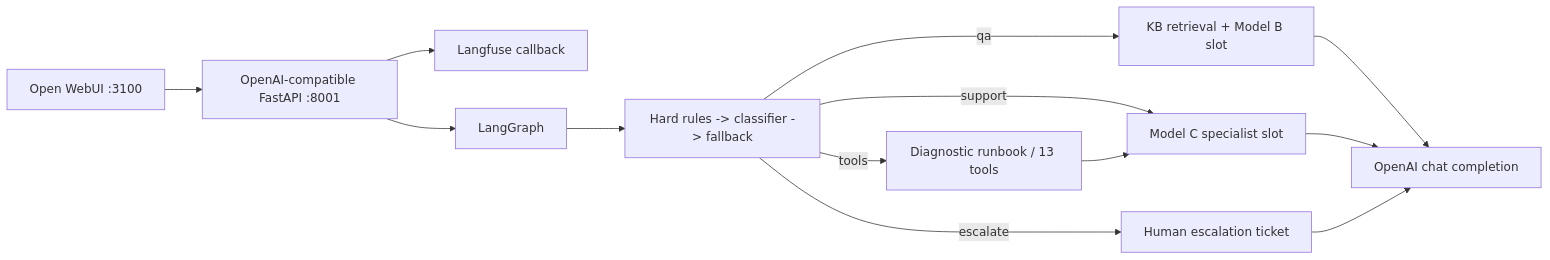
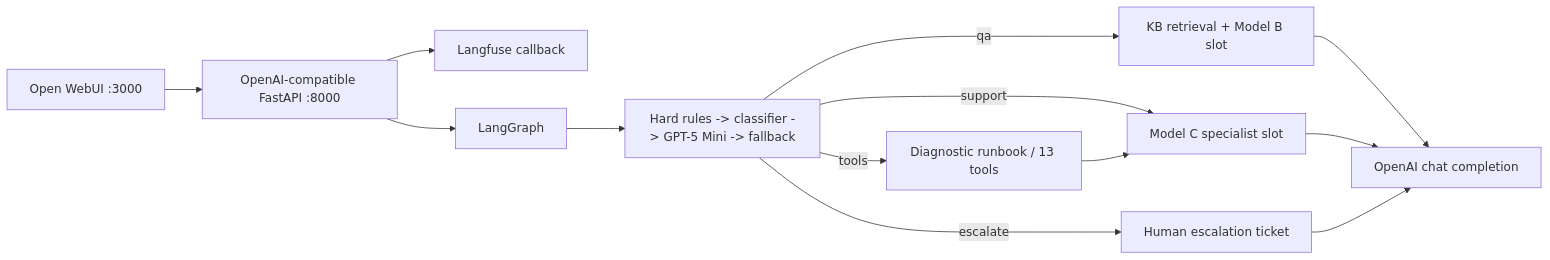
Before and after one commit to Xor01/multi-model-agentic-technical-support-system: the diagram in README.md, drawn with Mermaid. The commit also changed other lines of this file and 15 other files, not shown here.

Commit message:
feat: wire GPT-5 Mini routing and record Golden Set evaluation

````diff
--- a/README.md
+++ b/README.md
@@ -22,15 +22,15 @@
 ```mermaid
 flowchart LR
-    UI[Open WebUI :3100] --> API[OpenAI-compatible FastAPI :8001]
+    UI[Open WebUI :3000] --> API[OpenAI-compatible FastAPI :8000]
     API --> TRACE[Langfuse callback]
     API --> GRAPH[LangGraph]
-    GRAPH --> ROUTER[Hard rules -> classifier -> fallback]
+    GRAPH --> ROUTER[Hard rules -> classifier -> GPT-5 Mini -> fallback]
     ROUTER -->|qa| QA[KB retrieval + Model B slot]
     ROUTER -->|tools| TOOLS[Diagnostic runbook / 13 tools]
     ROUTER -->|support| SUPPORT[Model C specialist slot]
     ROUTER -->|escalate| HUMAN[Human escalation ticket]
     TOOLS --> SUPPORT
     QA --> ANSWER[OpenAI chat completion]
     SUPPORT --> ANSWER
     HUMAN --> ANSWER
 ```
````
